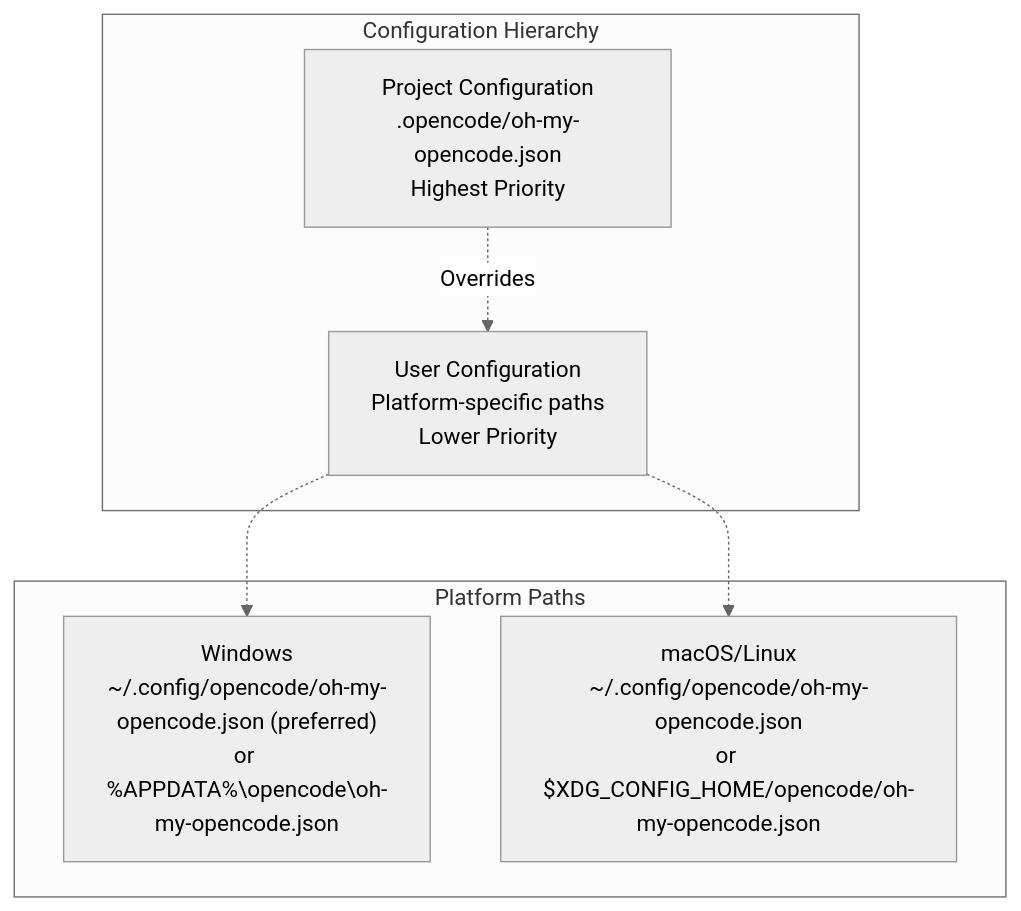
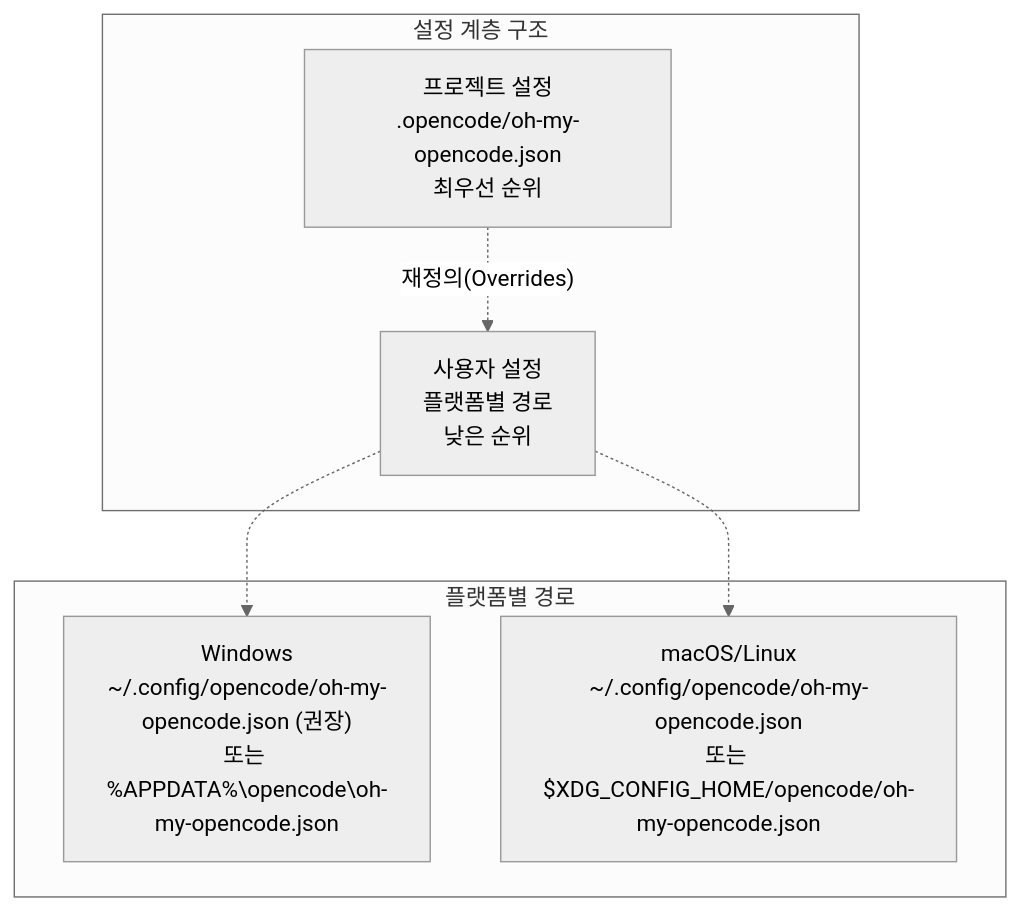
One commit to felipetruman/oh-my-opencode-docs changed the diagram in docs/getting-started/configuration-files.md. Above: the diagram before and after it, drawn with Mermaid (neutral theme). The commit also changed other lines of this file and 76 other files, not shown here.

````diff
--- a/docs/getting-started/configuration-files.md
+++ b/docs/getting-started/configuration-files.md
@@ -34,22 +34,22 @@
 ```mermaid
 flowchart TD
 
-Project["Project Configuration<br>.opencode/oh-my-opencode.json<br>Highest Priority"]
-User["User Configuration<br>Platform-specific paths<br>Lower Priority"]
-Windows["Windows<br>~/.config/opencode/oh-my-opencode.json (preferred)<br>or %APPDATA%\opencode\oh-my-opencode.json"]
-Unix["macOS/Linux<br>~/.config/opencode/oh-my-opencode.json<br>or $XDG_CONFIG_HOME/opencode/oh-my-opencode.json"]
+Project["프로젝트 설정<br>.opencode/oh-my-opencode.json<br>최우선 순위"]
+User["사용자 설정<br>플랫폼별 경로<br>낮은 순위"]
+Windows["Windows<br>~/.config/opencode/oh-my-opencode.json (권장)<br>또는 %APPDATA%\opencode\oh-my-opencode.json"]
+Unix["macOS/Linux<br>~/.config/opencode/oh-my-opencode.json<br>또는 $XDG_CONFIG_HOME/opencode/oh-my-opencode.json"]
 
 User -.-> Windows
 User -.-> Unix
 
-subgraph subGraph1 ["Platform Paths"]
+subgraph subGraph1 ["플랫폼별 경로"]
     Windows
     Unix
 end
 
-subgraph subGraph0 ["Configuration Hierarchy"]
+subgraph subGraph0 ["설정 계층 구조"]
     Project
     User
-    Project -.->|"Overrides"| User
+    Project -.->|"재정의(Overrides)"| User
 end
 ```
````
